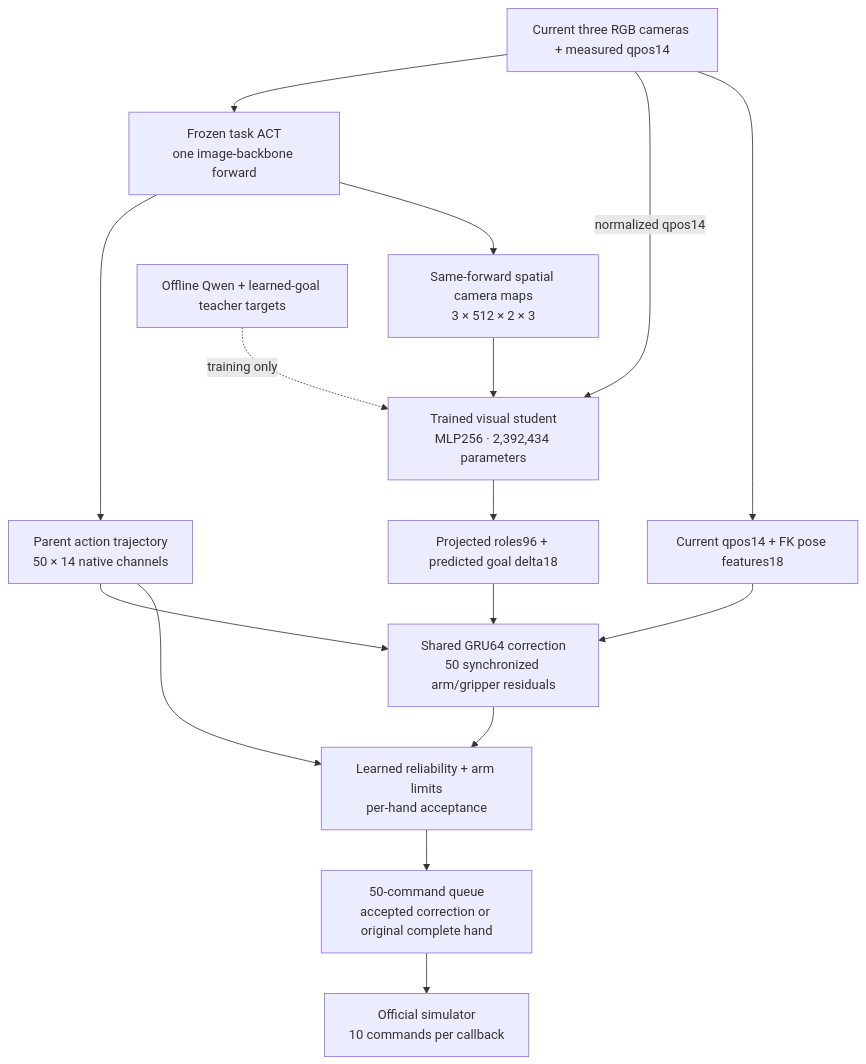
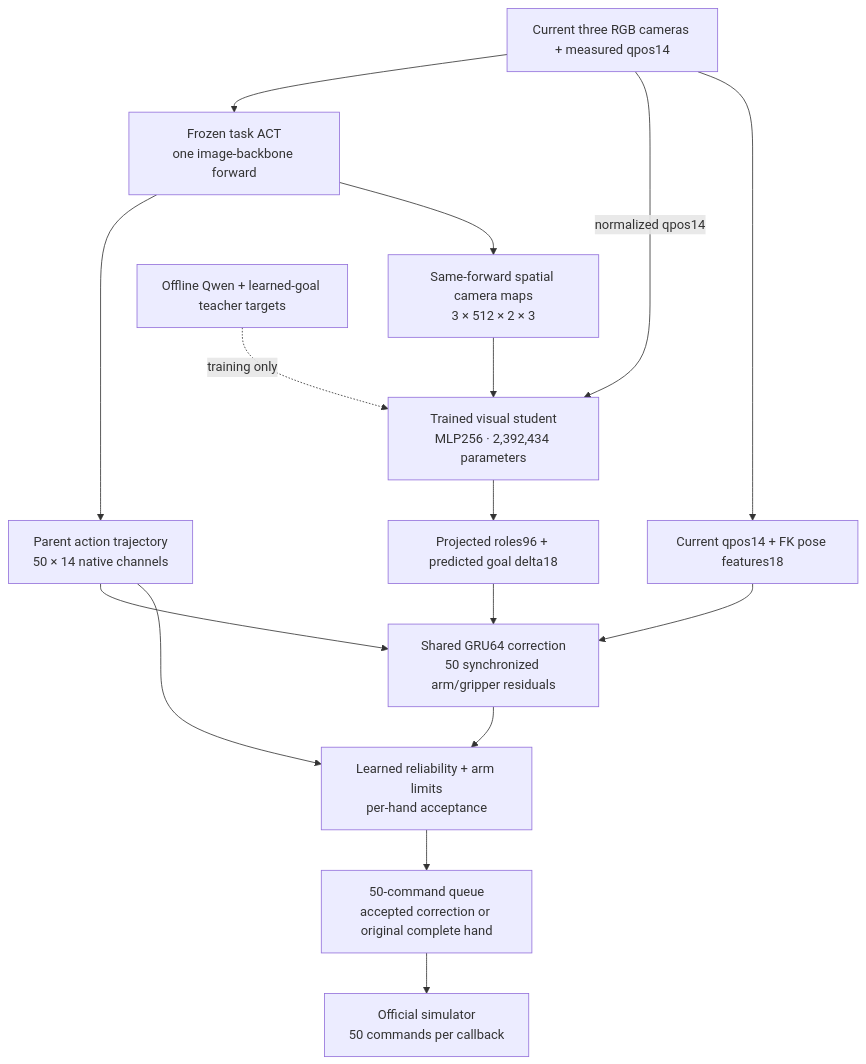
One commit to timothywangdev/robosyn-2026-compact-act-policy changed the diagram in README.md. Above: the diagram before and after it, drawn with Mermaid. The commit also changed other lines of this file, not shown here.

Commit message:
Document short installation root and deployed callback cadence

````diff
--- a/README.md
+++ b/README.md
@@ -11,18 +11,18 @@
 ```mermaid
 flowchart TD
     O["Current three RGB cameras + measured qpos14"] --> A["Frozen task ACT<br/>one image-backbone forward"]
     A --> B["Parent action trajectory<br/>50 × 14 native channels"]
     A --> F["Same-forward spatial camera maps<br/>3 × 512 × 2 × 3"]
     F --> S["Trained visual student<br/>MLP256 · 2,392,434 parameters"]
     O -->|normalized qpos14| S
     S --> R["Projected roles96 + predicted goal delta18"]
     O --> K["Current qpos14 + FK pose features18"]
     R --> C["Shared GRU64 correction<br/>50 synchronized arm/gripper residuals"]
     K --> C
     B --> C
     C --> G["Learned reliability + arm limits<br/>per-hand acceptance"]
     B --> G
     G --> Q["50-command queue<br/>accepted correction or original complete hand"]
-    Q --> E["Official simulator<br/>10 commands per callback"]
+    Q --> E["Official simulator<br/>50 commands per callback"]
     T["Offline Qwen + learned-goal teacher targets"] -. training only .-> S
 ```
````
